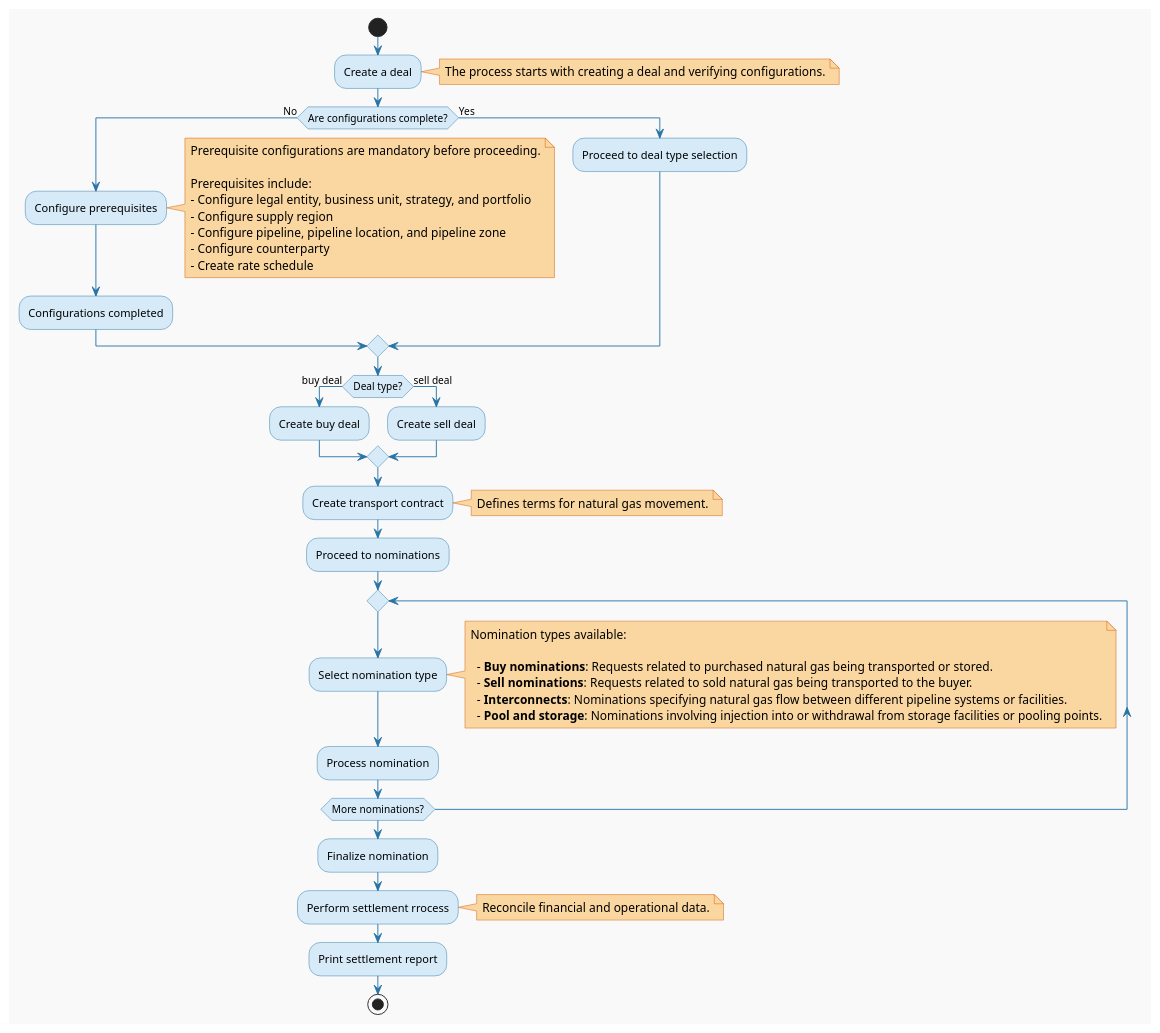
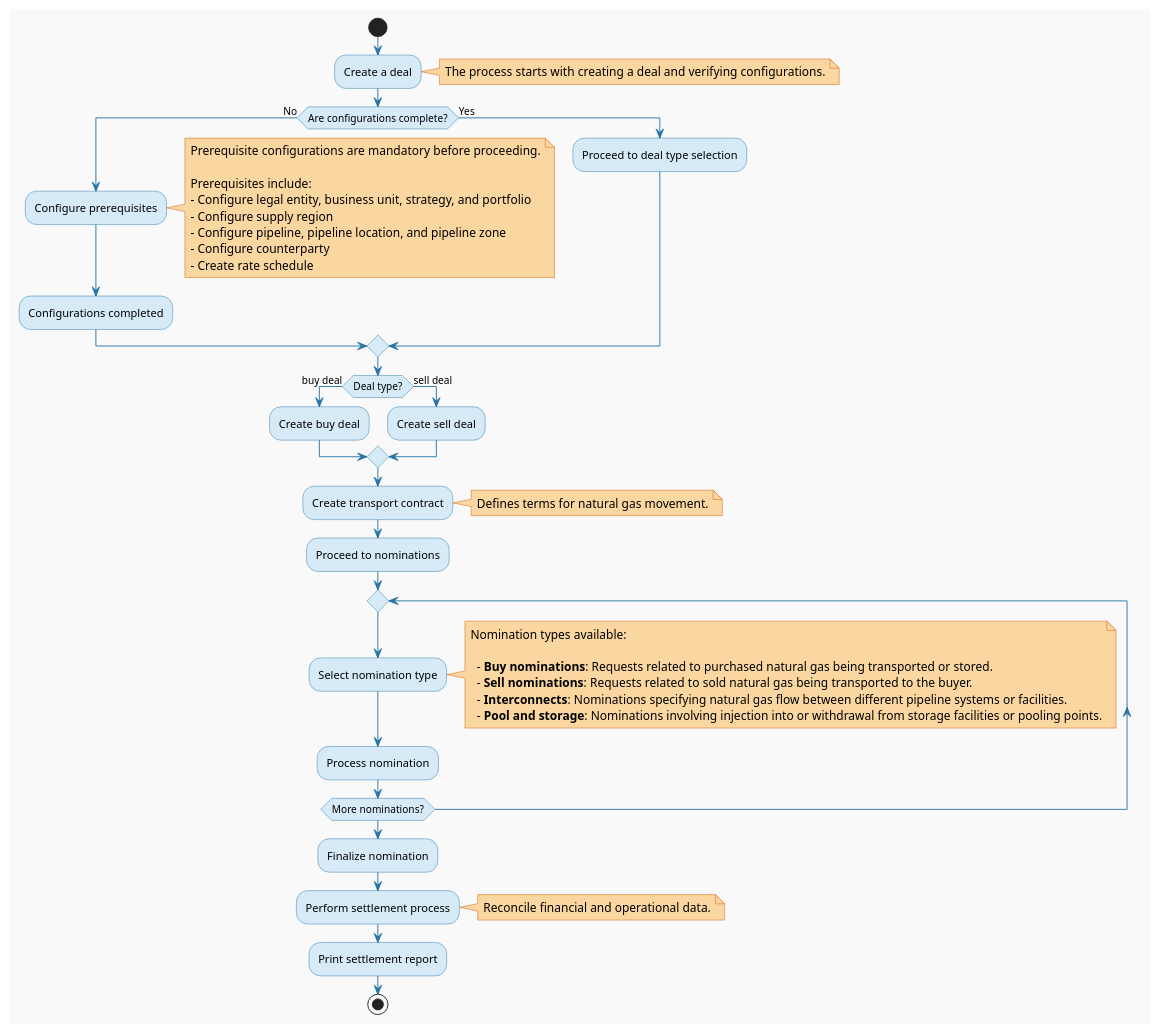
Before and after one commit to sarahjones123/nGenue_docs: the diagram in docs/etrm/index.md, drawn with PlantUML. The commit also changed other lines of this file and 16 other files, not shown here.

````diff
--- a/docs/etrm/index.md
+++ b/docs/etrm/index.md
@@ -96,72 +96,72 @@
 ```puml
 
 @startuml
 
 skinparam backgroundColor #F9F9F9
 skinparam activityBackgroundColor #D6EAF8
 skinparam activityBorderColor #2874A6
 skinparam arrowColor #2874A6
 skinparam noteBackgroundColor #FAD7A0
 skinparam noteBorderColor #D35400
 
 start
 
 :Create a deal;
 note right
 The process starts with creating a deal and verifying configurations.
 end note
 
 if (Are configurations complete?) then (No)
   :Configure prerequisites;
   note right
   Prerequisite configurations are mandatory before proceeding.
   
   Prerequisites include:
   - Configure legal entity, business unit, strategy, and portfolio
   - Configure supply region
   - Configure pipeline, pipeline location, and pipeline zone
   - Configure counterparty
   - Create rate schedule
   end note
   :Configurations completed;
 else (Yes)
   :Proceed to deal type selection;
 endif
 
 if (Deal type?) then (buy deal)
   :Create buy deal;
 else (sell deal)
   :Create sell deal;
 endif
 
 :Create transport contract;
 note right
 Defines terms for natural gas movement.
 end note
 
 :Proceed to nominations;
   repeat
   :Select nomination type;
   note right
   Nomination types available:
   
     - **Buy nominations**: Requests related to purchased natural gas being transported or stored.
     - **Sell nominations**: Requests related to sold natural gas being transported to the buyer.
     - **Interconnects**: Nominations specifying natural gas flow between different pipeline systems or facilities.
     - **Pool and storage**: Nominations involving injection into or withdrawal from storage facilities or pooling points.
   end note
   :Process nomination;
   repeat while (More nominations?)
 
 :Finalize nomination;
 
-:Perform settlement rrocess;
+:Perform settlement process;
 note right
 Reconcile financial and operational data.
 end note
 
 :Print settlement report;
 
 stop
 @enduml
 ```
````
